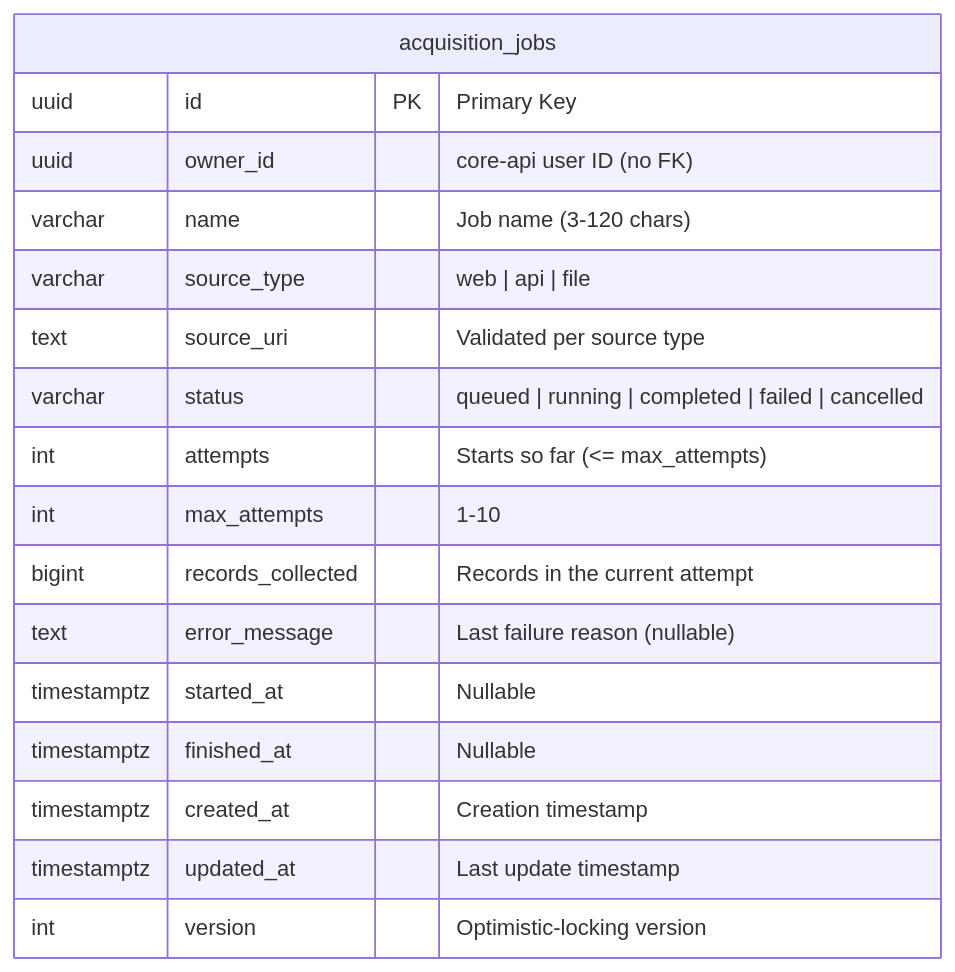
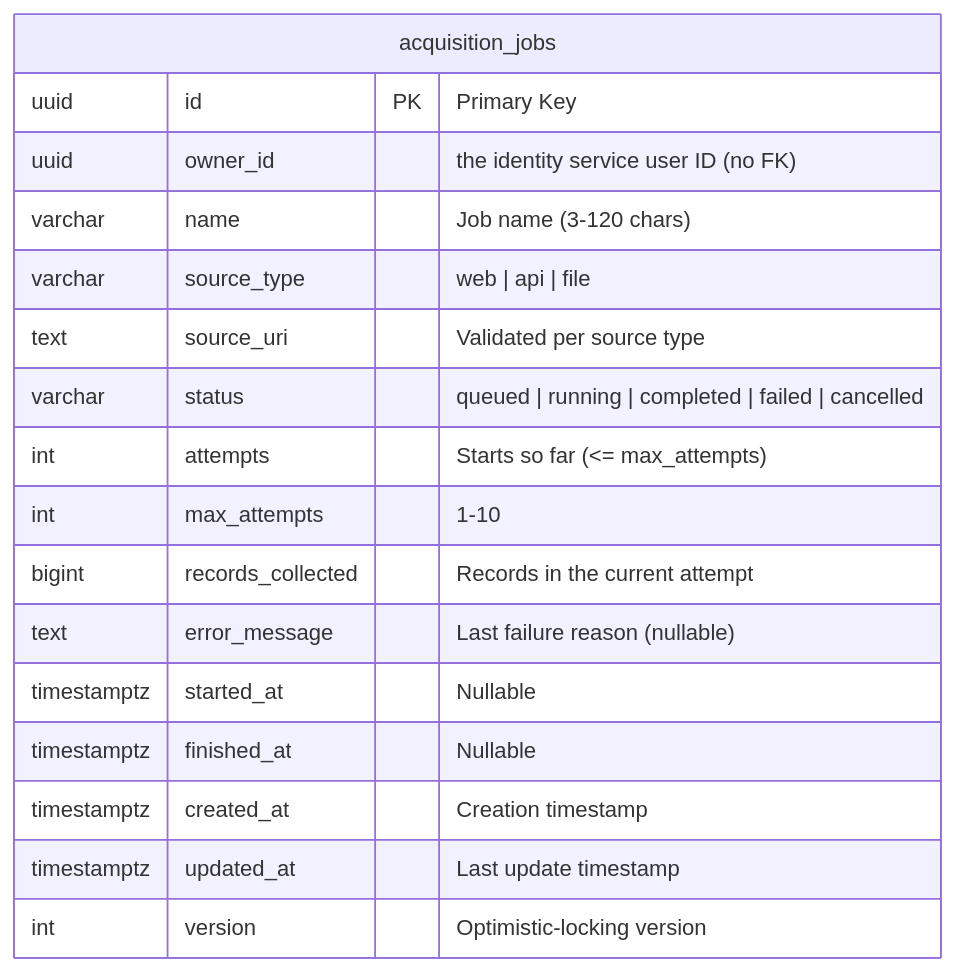
Before and after one commit to Kanchana-Weerasinghe/FastAPI_Production-Ready_Full-Stack_Blueprint: the second of 2 diagrams in docs/DATABASE_DESIGN.md, drawn with Mermaid. The commit also changed other lines of this file and 289 other files, not shown here.

````diff
--- a/docs/DATABASE_DESIGN.md
+++ b/docs/DATABASE_DESIGN.md
@@ -288,20 +288,20 @@
 ```mermaid
 erDiagram
     acquisition_jobs {
         uuid id PK "Primary Key"
-        uuid owner_id "core-api user ID (no FK)"
+        uuid owner_id "the identity service user ID (no FK)"
         varchar name "Job name (3-120 chars)"
         varchar source_type "web | api | file"
         text source_uri "Validated per source type"
         varchar status "queued | running | completed | failed | cancelled"
         int attempts "Starts so far (<= max_attempts)"
         int max_attempts "1-10"
         bigint records_collected "Records in the current attempt"
         text error_message "Last failure reason (nullable)"
         timestamptz started_at "Nullable"
         timestamptz finished_at "Nullable"
         timestamptz created_at "Creation timestamp"
         timestamptz updated_at "Last update timestamp"
         int version "Optimistic-locking version"
     }
 ```
````
